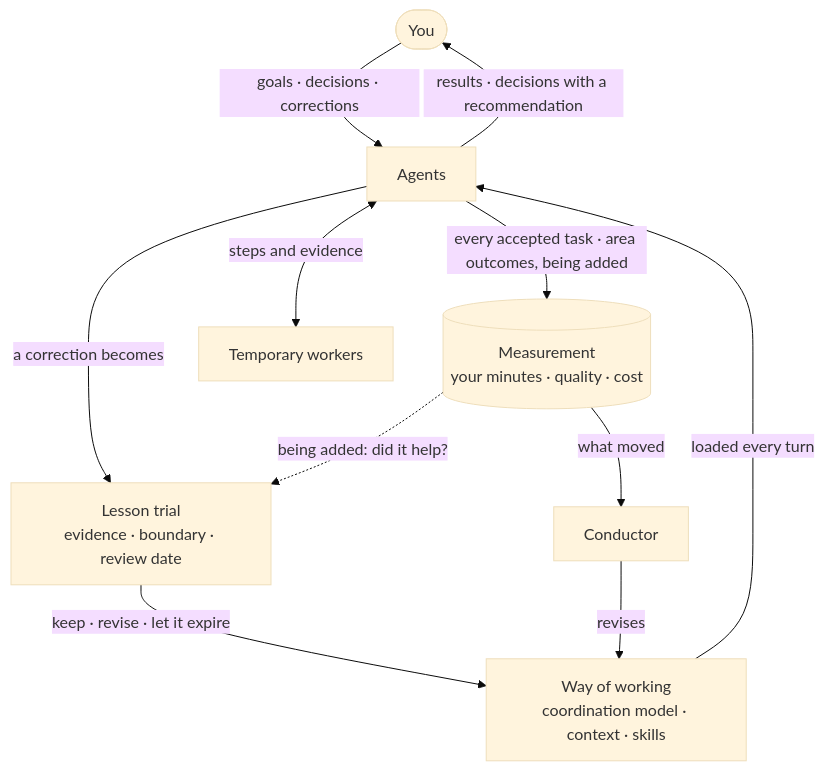
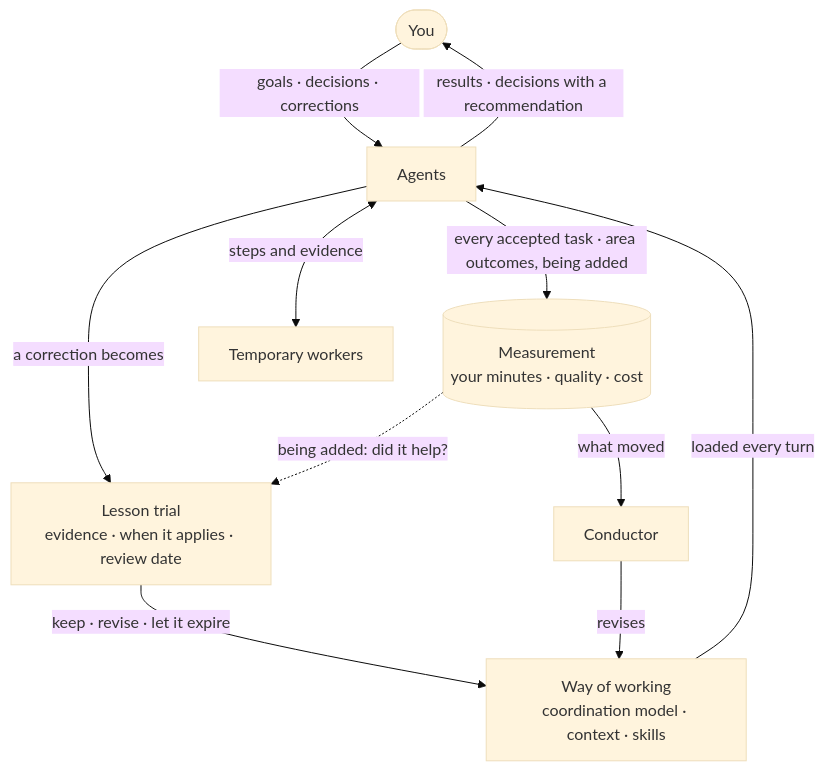
One commit to cebertowicz/corsia changed the first of 3 diagrams in README.md. Above: the diagram before and after it, drawn with Mermaid (base theme). The commit also changed other lines of this file and 1 other file, not shown here.

Commit message:
README: date every figure plainly, reconcile the 30-day count with the weekly bars, define terms on first use

````diff
--- a/README.md
+++ b/README.md
@@ -59,13 +59,13 @@
 ```mermaid
 flowchart TD
     You([You]) -->|goals · decisions · corrections| O[Agents]
     O -->|results · decisions with a recommendation| You
-    O -->|a correction becomes| L[Lesson trial<br/>evidence · boundary · review date]
+    O -->|a correction becomes| L[Lesson trial<br/>evidence · when it applies · review date]
     O -->|every accepted task · area outcomes, being added| M[(Measurement<br/>your minutes · quality · cost)]
     O <-->|steps and evidence| W[Temporary workers]
     M -.->|being added: did it help?| L
     M -->|what moved| C[Conductor]
     L -->|keep · revise · let it expire| G[Way of working<br/>coordination model · context · skills]
     C -->|revises| G
     G -->|loaded every turn| O
 ```
````
